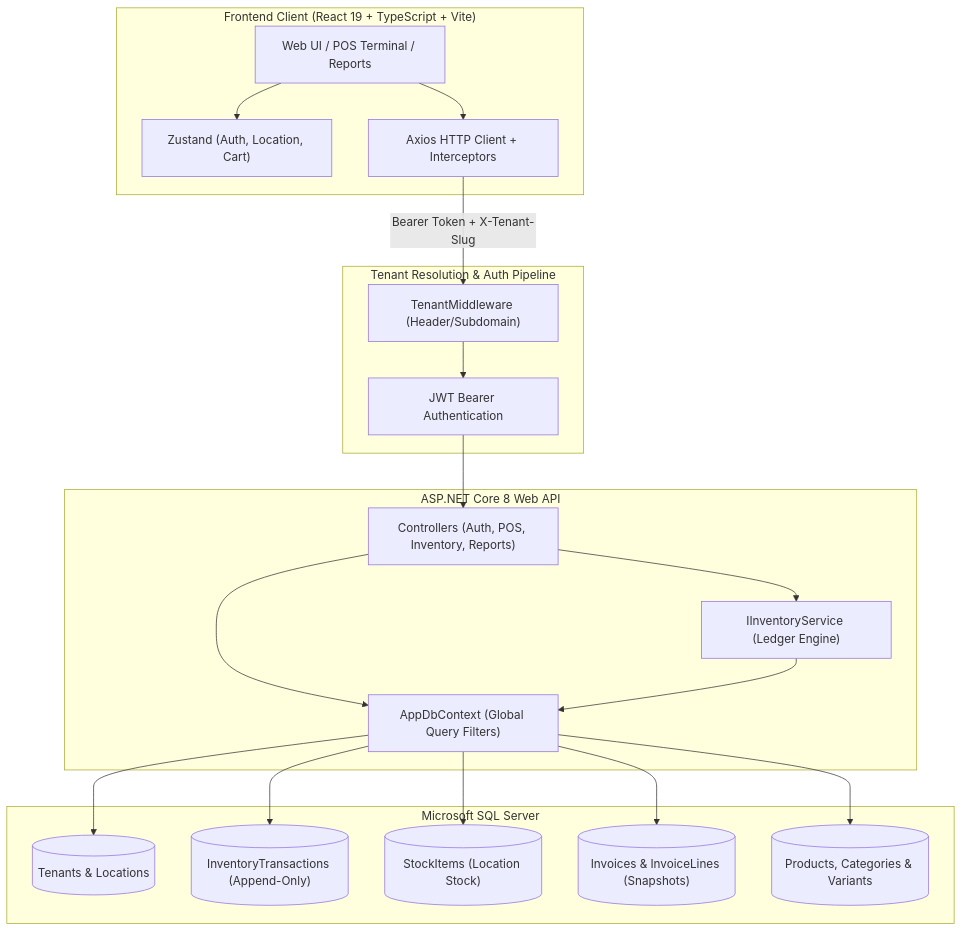
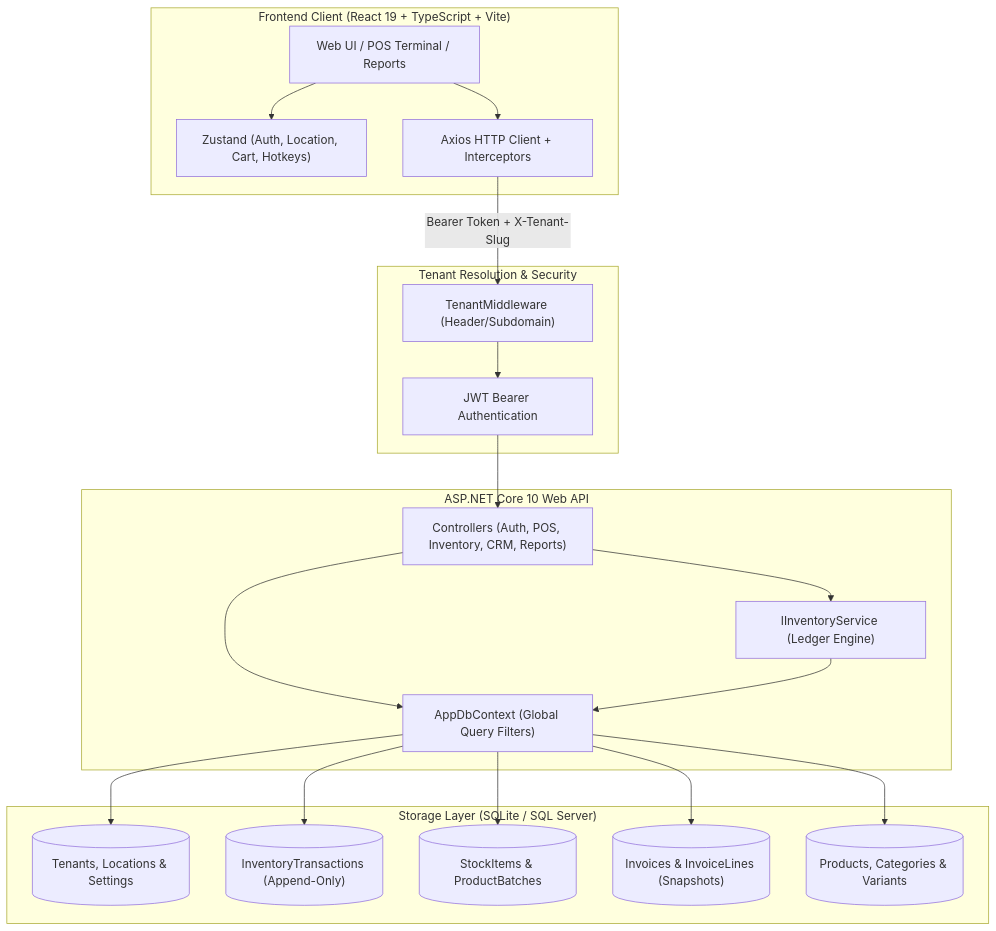
The diagram in README.md (avikeid2007/Vikreta), drawn with Mermaid before and after one commit. The commit also changed other lines of this file and 17 other files, not shown here.

````diff
--- a/README.md
+++ b/README.md
@@ -47,40 +124,40 @@
 ```mermaid
 flowchart TD
     subgraph Frontend["Frontend Client (React 19 + TypeScript + Vite)"]
         UI["Web UI / POS Terminal / Reports"]
-        Store["Zustand (Auth, Location, Cart)"]
+        Store["Zustand (Auth, Location, Cart, Hotkeys)"]
         Client["Axios HTTP Client + Interceptors"]
         UI --> Store
         UI --> Client
     end
 
-    subgraph Gateway["Tenant Resolution & Auth Pipeline"]
+    subgraph Gateway["Tenant Resolution & Security"]
         MW["TenantMiddleware (Header/Subdomain)"]
         JWT["JWT Bearer Authentication"]
         Client -- "Bearer Token + X-Tenant-Slug" --> MW
         MW --> JWT
     end
 
-    subgraph Backend["ASP.NET Core 8 Web API"]
-        Controllers["Controllers (Auth, POS, Inventory, Reports)"]
+    subgraph Backend["ASP.NET Core 10 Web API"]
+        Controllers["Controllers (Auth, POS, Inventory, CRM, Reports)"]
         InvService["IInventoryService (Ledger Engine)"]
         DbContext["AppDbContext (Global Query Filters)"]
         JWT --> Controllers
         Controllers --> InvService
         Controllers --> DbContext
         InvService --> DbContext
     end
 
-    subgraph Storage["Microsoft SQL Server"]
-        Tenants[("Tenants & Locations")]
+    subgraph Storage["Storage Layer (SQLite / SQL Server)"]
+        Tenants[("Tenants, Locations & Settings")]
         Ledger[("InventoryTransactions (Append-Only)")]
-        Stock[("StockItems (Location Stock)")]
+        Stock[("StockItems & ProductBatches")]
         Invoices[("Invoices & InvoiceLines (Snapshots)")]
         Catalog[("Products, Categories & Variants")]
         DbContext --> Tenants
         DbContext --> Ledger
         DbContext --> Stock
         DbContext --> Invoices
         DbContext --> Catalog
     end
 ```
````
